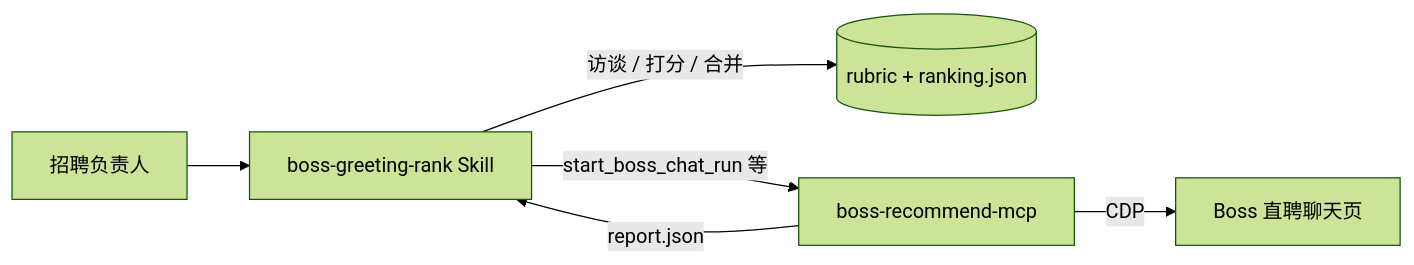
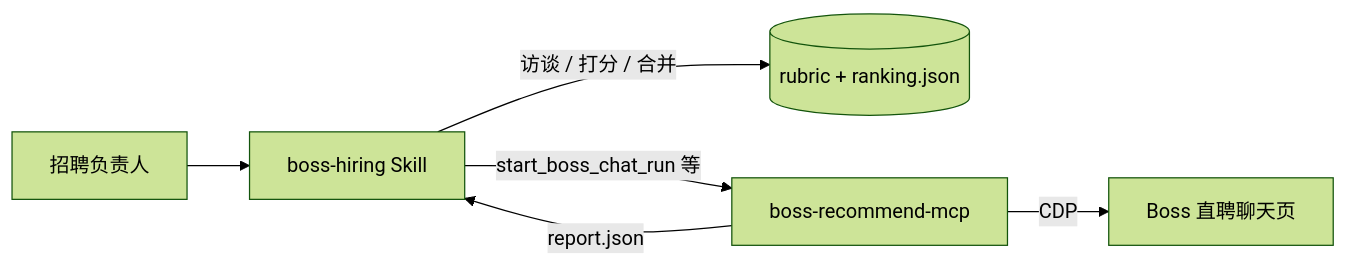
The diagram in README.md (spikesubingrui-design/boss-hiring), drawn with Mermaid (forest theme) before and after one commit. The commit also changed other lines of this file and 9 other files, not shown here.

First line of the commit message:
feat: rename to boss-hiring and refresh docs

````diff
--- a/README.md
+++ b/README.md
@@ -28,8 +43,8 @@
 ```mermaid
 flowchart LR
-  User[招聘负责人] --> Skill[boss-greeting-rank Skill]
+  User[招聘负责人] --> Skill[boss-hiring Skill]
   Skill -->|访谈 / 打分 / 合并| Data[(rubric + ranking.json)]
   Skill -->|start_boss_chat_run 等| Runtime[boss-recommend-mcp]
   Runtime -->|CDP| Boss[Boss 直聘聊天页]
   Runtime -->|report.json| Skill
 ```
````
